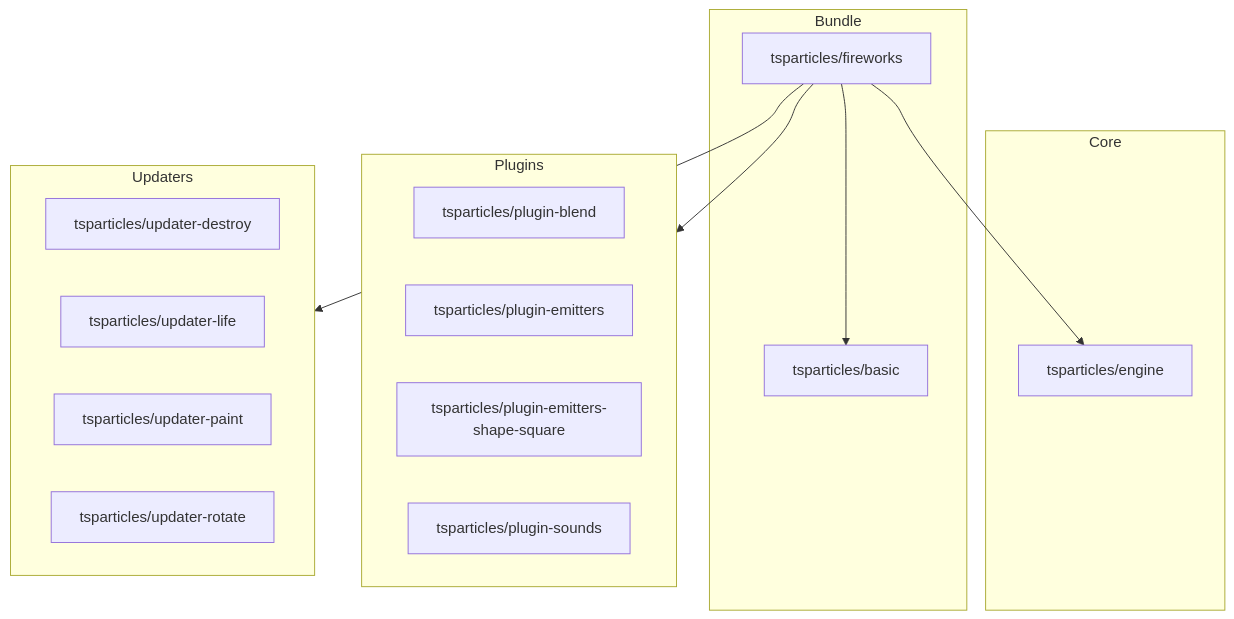
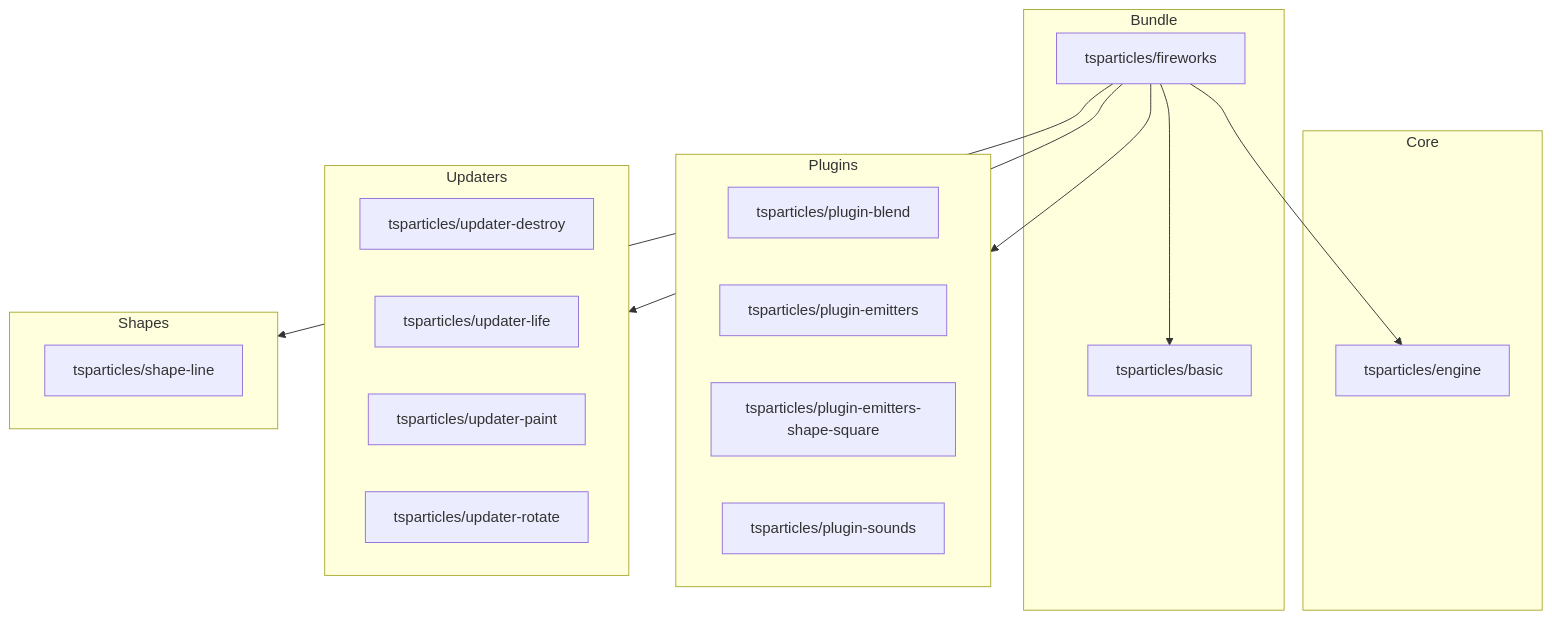
Before and after one commit to A-Archives-and-Forks/tsparticles: the diagram in bundles/fireworks/README.md, drawn with Mermaid. The commit also changed other lines of this file and 44 other files, not shown here.

````diff
--- a/bundles/fireworks/README.md
+++ b/bundles/fireworks/README.md
@@ -24,31 +25,36 @@
 ```mermaid
 flowchart TD
 
 subgraph b [Bundle]
   bf[tsparticles/fireworks]
   bb[tsparticles/basic]
 end
 
 subgraph c [Core]
   ce[tsparticles/engine]
 end
 
 subgraph p [Plugins]
   pb[tsparticles/plugin-blend]
   pe[tsparticles/plugin-emitters]
   pess[tsparticles/plugin-emitters-shape-square]
   ps[tsparticles/plugin-sounds]
 end
 
 subgraph u [Updaters]
   ud[tsparticles/updater-destroy]
   ul[tsparticles/updater-life]
   up[tsparticles/updater-paint]
   ur[tsparticles/updater-rotate]
 end
 
+subgraph s [Shapes]
+  sl[tsparticles/shape-line]
+end
+
 bf --> bb
 bf --> ce
 bf --> p
+bf --> s
 bf --> u
 ```
````
